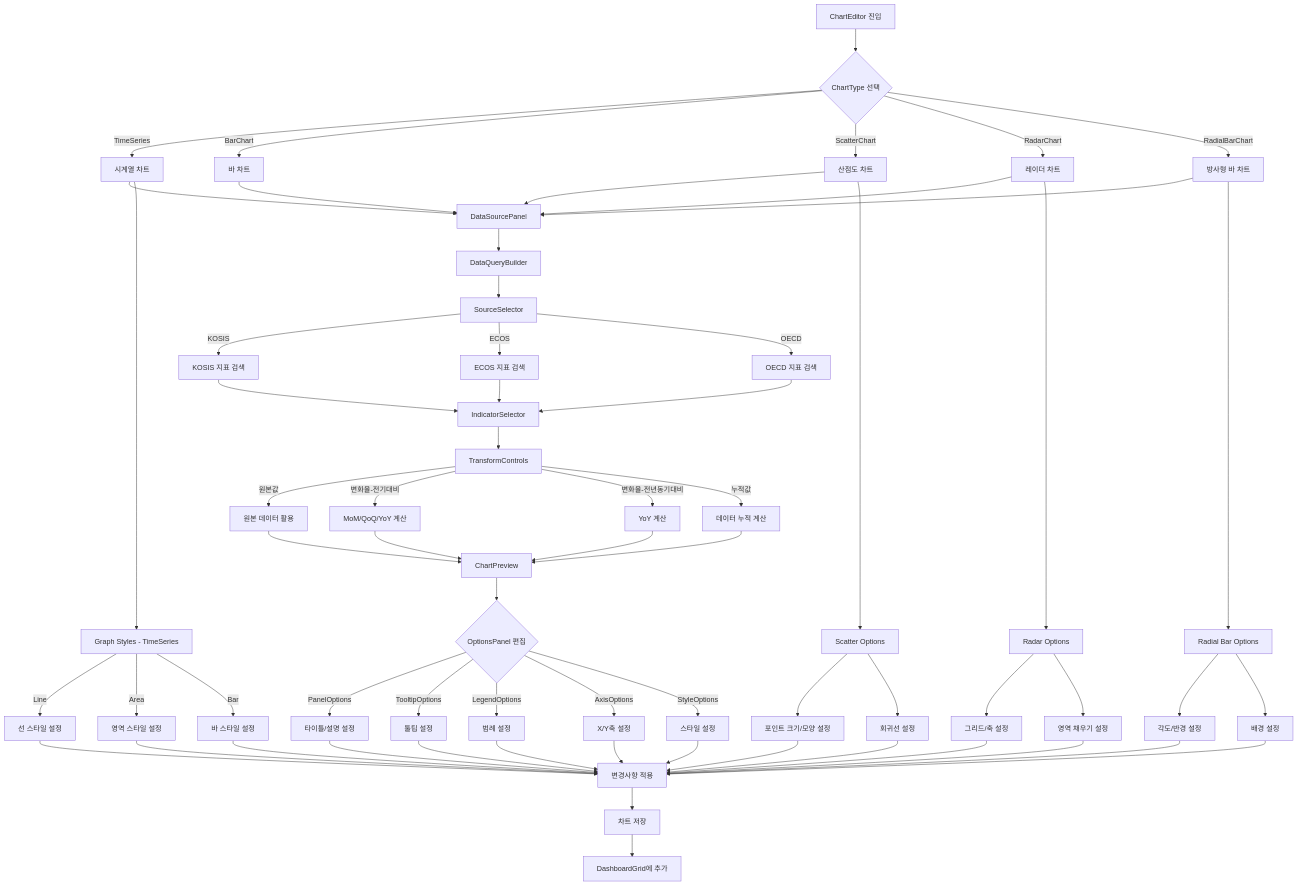
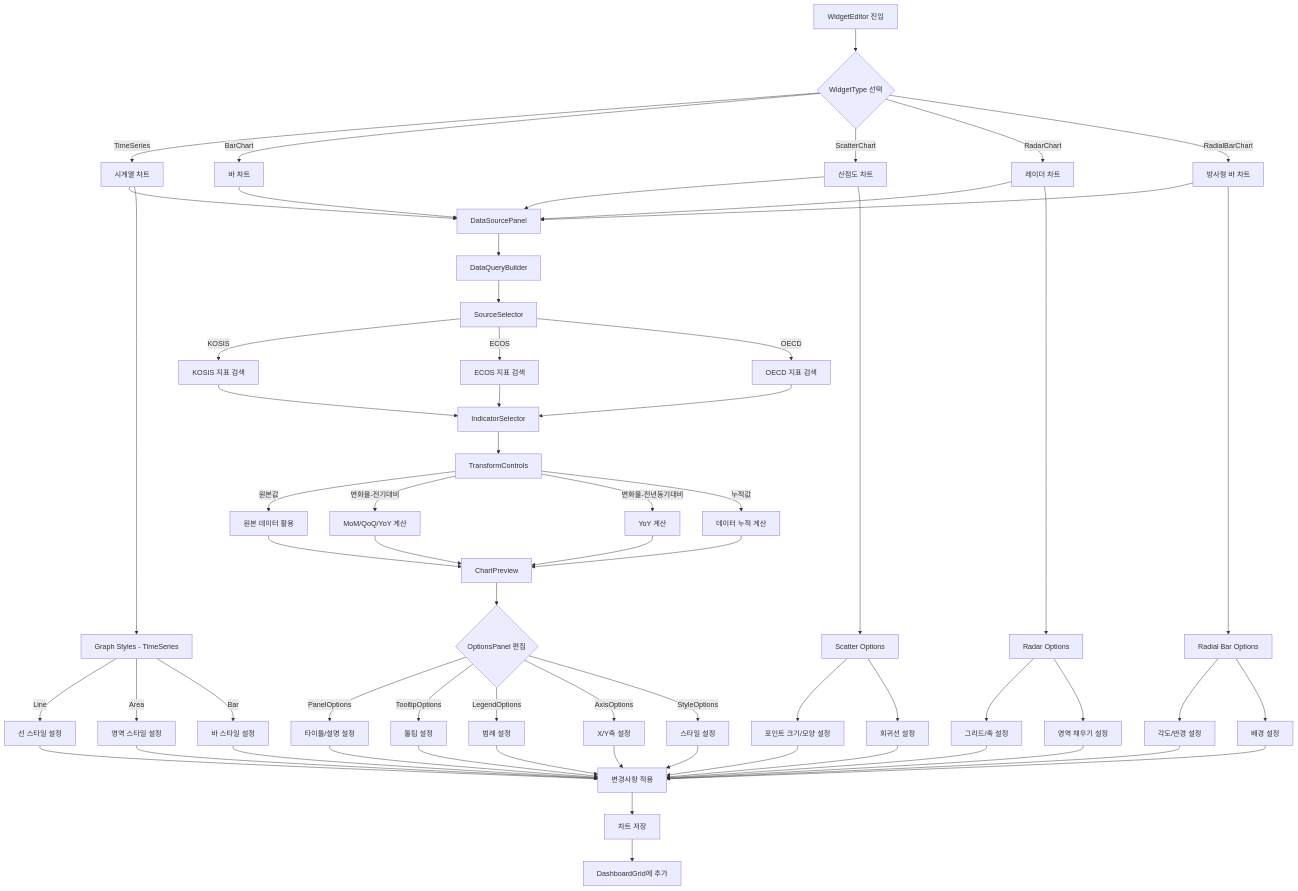
One commit to Seungwoo321/etorch-docs changed the sixth of 20 diagrams in ui-design/user-flows.md. Above: the diagram before and after it, drawn with Mermaid. The commit also changed other lines of this file and 2 other files, not shown here.

````diff
--- a/ui-design/user-flows.md
+++ b/ui-design/user-flows.md
@@ -268,79 +268,79 @@
 ```mermaid
 flowchart TD
-    A[ChartEditor 진입] --> B{ChartType 선택}
+    A[WidgetEditor 진입] --> B{WidgetType 선택}
     B -->|TimeSeries| TS[시계열 차트]
     B -->|BarChart| BC[바 차트]
     B -->|ScatterChart| SC[산점도 차트]
     B -->|RadarChart| RC[레이더 차트]
     B -->|RadialBarChart| RB[방사형 바 차트]
     
     TS --> C[DataSourcePanel]
     BC --> C
     SC --> C
     RC --> C
     RB --> C
     
     C --> D[DataQueryBuilder]
     D --> E[SourceSelector]
     E -->|KOSIS| F1[KOSIS 지표 검색]
     E -->|ECOS| F2[ECOS 지표 검색]
     E -->|OECD| F3[OECD 지표 검색]
     
     F1 --> G[IndicatorSelector]
     F2 --> G
     F3 --> G
     G --> H[TransformControls]
     
     H -->|원본값| I1[원본 데이터 활용]
     H -->|변화율-전기대비| I2[MoM/QoQ/YoY 계산]
     H -->|변화율-전년동기대비| I3[YoY 계산]
     H -->|누적값| I4[데이터 누적 계산]
     
     I1 --> J[ChartPreview]
     I2 --> J
     I3 --> J
     I4 --> J
     
     J --> K{OptionsPanel 편집}
     K -->|PanelOptions| L1[타이틀/설명 설정]
     K -->|TooltipOptions| L2[툴팁 설정]
     K -->|LegendOptions| L3[범례 설정]
     K -->|AxisOptions| L4[X/Y축 설정]
     K -->|StyleOptions| L5[스타일 설정]
     
     L1 --> M[변경사항 적용]
     L2 --> M
     L3 --> M
     L4 --> M
     L5 --> M
     
     TS --> N1[Graph Styles - TimeSeries]
     N1 -->|Line| O1[선 스타일 설정]
     N1 -->|Area| O2[영역 스타일 설정]
     N1 -->|Bar| O3[바 스타일 설정]
     
     SC --> N2[Scatter Options]
     N2 --> P1[포인트 크기/모양 설정]
     N2 --> P2[회귀선 설정]
     
     RC --> N3[Radar Options]
     N3 --> Q1[그리드/축 설정]
     N3 --> Q2[영역 채우기 설정]
     
     RB --> N4[Radial Bar Options]
     N4 --> R1[각도/반경 설정]
     N4 --> R2[배경 설정]
     
     M --> S[차트 저장]
     O1 --> M
     O2 --> M
     O3 --> M
     P1 --> M
     P2 --> M
     Q1 --> M
     Q2 --> M
     R1 --> M
     R2 --> M
     
     S --> T[DashboardGrid에 추가]
 ```
````
